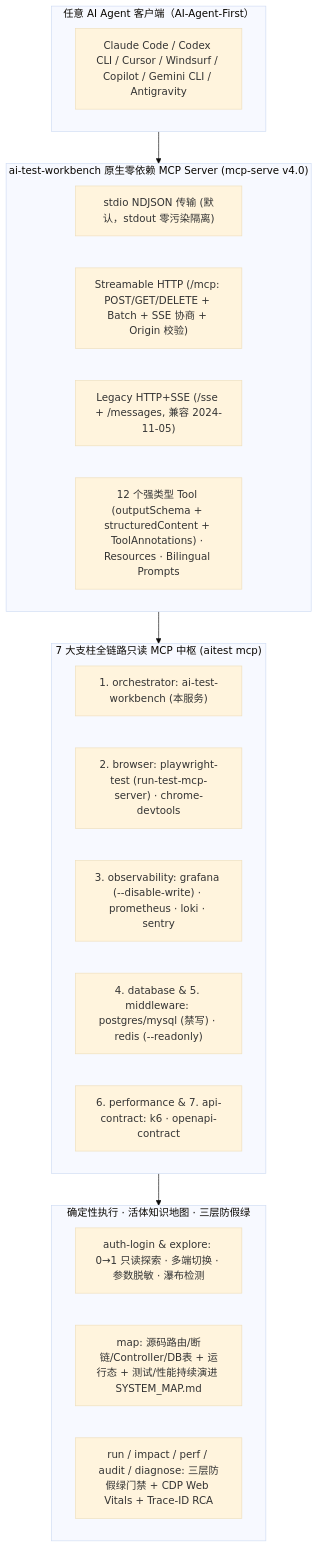
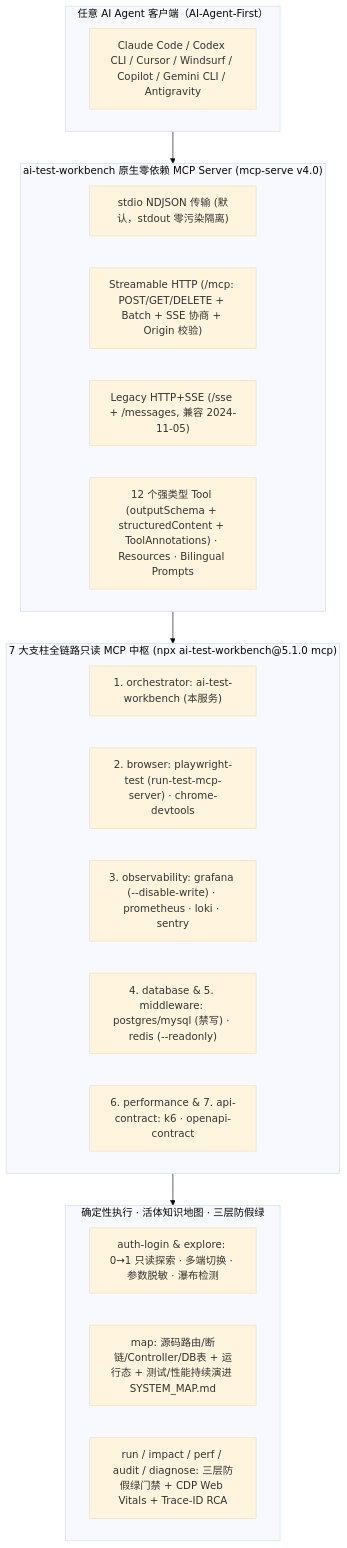
Before and after one commit to seaworld008/ai-test-workbench: the diagram in Playwright Test Agents + Codex 可复用本机 AI 自动化测试工作台——架构设计与实施提示词.md, drawn with Mermaid (base theme). The commit also changed other lines of this file and 72 other files, not shown here.

````diff
--- a/Playwright Test Agents + Codex 可复用本机 AI 自动化测试工作台——架构设计与实施提示词.md
+++ b/Playwright Test Agents + Codex 可复用本机 AI 自动化测试工作台——架构设计与实施提示词.md
@@ -38,29 +38,29 @@
 ```mermaid
 flowchart TB
     subgraph CLIENTS["任意 AI Agent 客户端（AI-Agent-First）"]
         C1["Claude Code / Codex CLI / Cursor / Windsurf / Copilot / Gemini CLI / Antigravity"]
     end
 
     subgraph PROTO["ai-test-workbench 原生零依赖 MCP Server (mcp-serve v4.0)"]
         P1["stdio NDJSON 传输 (默认，stdout 零污染隔离)"]
         P2["Streamable HTTP (/mcp: POST/GET/DELETE + Batch + SSE 协商 + Origin 校验)"]
         P3["Legacy HTTP+SSE (/sse + /messages, 兼容 2024-11-05)"]
         P4["12 个强类型 Tool (outputSchema + structuredContent + ToolAnnotations) · Resources · Bilingual Prompts"]
     end
 
-    subgraph HUB["7 大支柱全链路只读 MCP 中枢 (aitest mcp)"]
+    subgraph HUB["7 大支柱全链路只读 MCP 中枢 (npx ai-test-workbench@5.1.0 mcp)"]
         H1["1. orchestrator: ai-test-workbench (本服务)"]
         H2["2. browser: playwright-test (run-test-mcp-server) · chrome-devtools"]
         H3["3. observability: grafana (--disable-write) · prometheus · loki · sentry"]
         H4["4. database & 5. middleware: postgres/mysql (禁写) · redis (--readonly)"]
         H6["6. performance & 7. api-contract: k6 · openapi-contract"]
     end
 
     subgraph ENGINE["确定性执行 · 活体知识地图 · 三层防假绿"]
         E1["auth-login & explore: 0→1 只读探索 · 多端切换 · 参数脱敏 · 瀑布检测"]
         E2["map: 源码路由/断链/Controller/DB表 + 运行态 + 测试/性能持续演进 SYSTEM_MAP.md"]
         E3["run / impact / perf / audit / diagnose: 三层防假绿门禁 + CDP Web Vitals + Trace-ID RCA"]
     end
 
     CLIENTS --> PROTO --> HUB --> ENGINE
 ```
````
